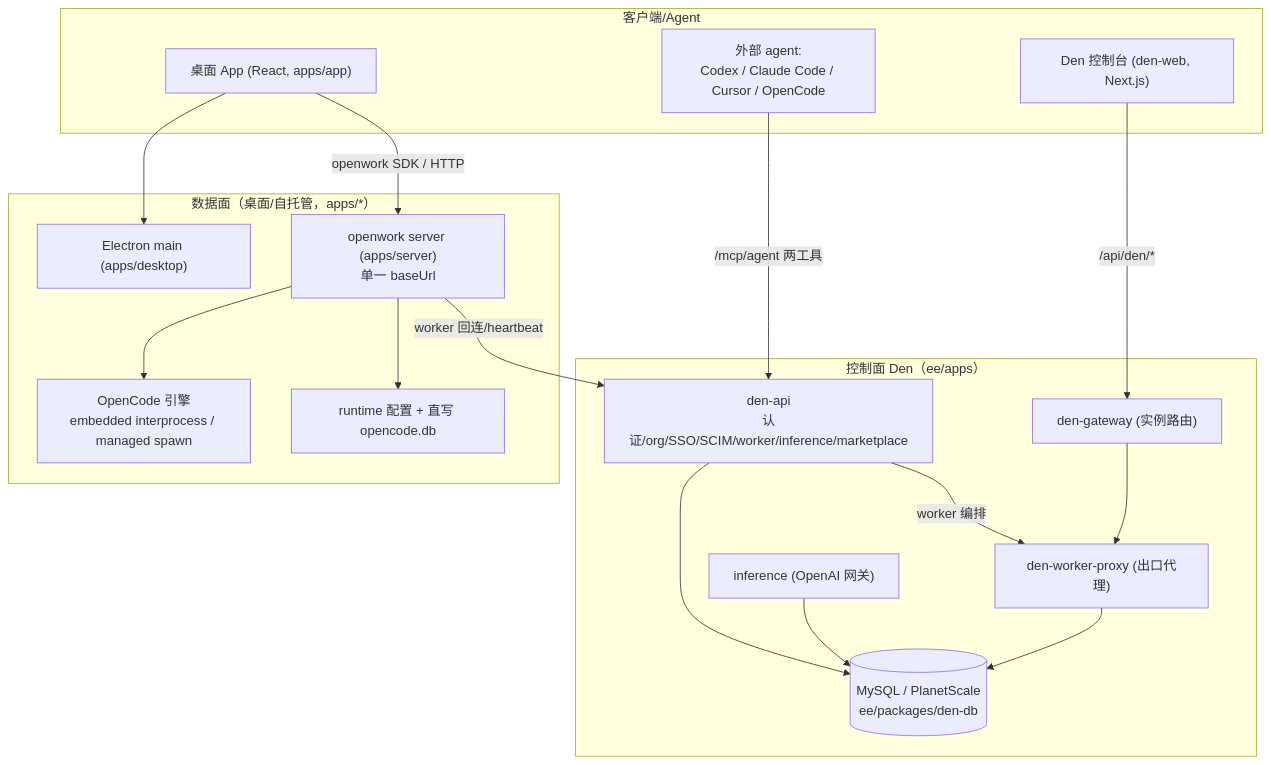
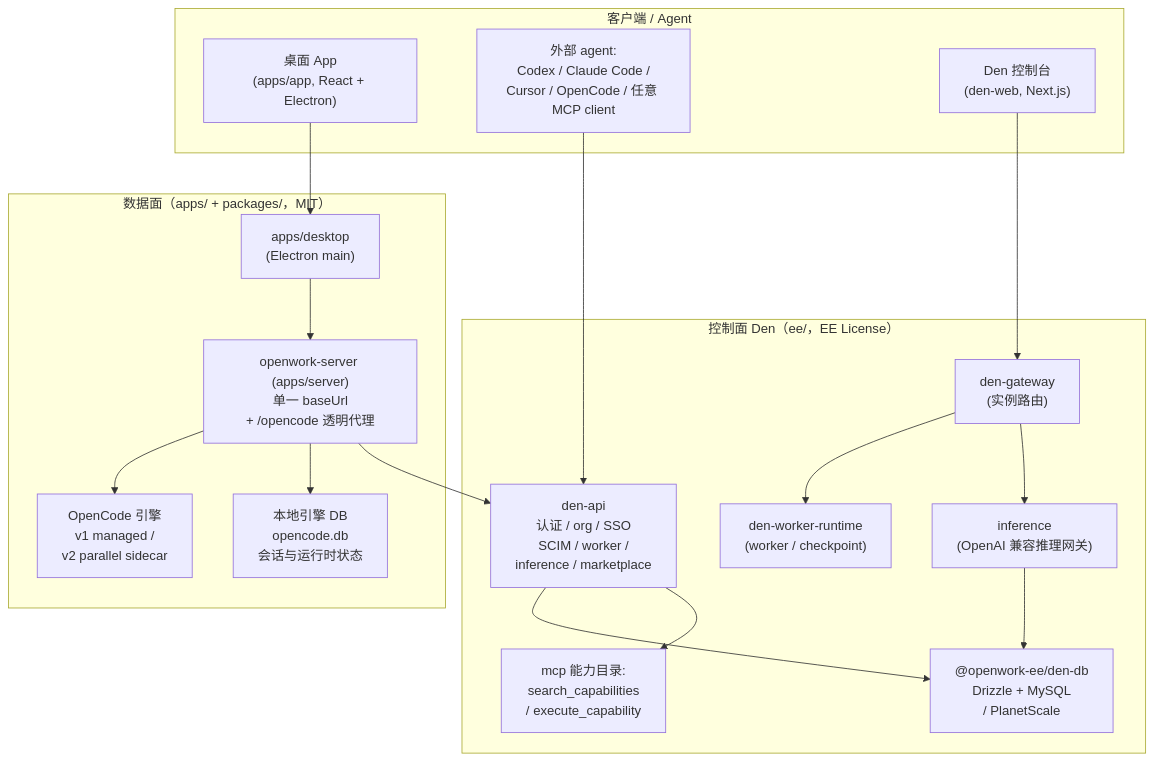
Before and after one commit to morehao/oss-insights: the diagram in ai-agent/openwork/README.md, drawn with Mermaid. The commit also changed other lines of this file and 10 other files, not shown here.

````diff
--- a/ai-agent/openwork/README.md
+++ b/ai-agent/openwork/README.md
@@ -30,36 +43,37 @@
 ```mermaid
 graph TB
-    subgraph client["客户端/Agent"]
-        SPA["桌面 App (React, apps/app)"]
-        HARNESS["外部 agent:<br>Codex / Claude Code / Cursor / OpenCode"]
-        DENWEB["Den 控制台 (den-web, Next.js)"]
+    subgraph client["客户端 / Agent"]
+        SPA["桌面 App<br>(apps/app, React + Electron)"]
+        HARNESS["外部 agent:<br>Codex / Claude Code /<br>Cursor / OpenCode / 任意 MCP client"]
+        DENWEB["Den 控制台<br>(den-web, Next.js)"]
     end
 
-    subgraph data_plane["数据面（桌面/自托管，apps/*）"]
-        MAIN["Electron main (apps/desktop)"]
-        SERVER["openwork server (apps/server)<br>单一 baseUrl"]
-        PROC["OpenCode 引擎<br>embedded interprocess / managed spawn"]
-        ORG["runtime 配置 + 直写 opencode.db"]
-        SERVER --> PROC
-        SERVER --> ORG
+    subgraph data_plane["数据面（apps/ + packages/，MIT）"]
+        DESKTOP["apps/desktop<br>(Electron main)"]
+        SERVER["openwork-server (apps/server)<br>单一 baseUrl<br>+ /opencode 透明代理"]
+        ENG["OpenCode 引擎<br>v1 managed /<br>v2 parallel sidecar"]
+        LOCALDB["本地引擎 DB<br>opencode.db<br>会话与运行时状态"]
+        SERVER --> ENG
+        SERVER --> LOCALDB
     end
 
-    subgraph control_plane["控制面 Den（ee/apps）"]
-        API["den-api<br>认证/org/SSO/SCIM/worker/inference/marketplace"]
-        GATE["den-gateway (实例路由)"]
-        WPROXY["den-worker-proxy (出口代理)"]
-        INF["inference (OpenAI 网关)"]
-        DB[("MySQL / PlanetScale<br>ee/packages/den-db")]
+    subgraph control_plane["控制面 Den（ee/，EE License）"]
+        API["den-api<br>认证 / org / SSO<br>SCIM / worker /<br>inference / marketplace"]
+        GATE["den-gateway<br>(实例路由)"]
+        WRR["den-worker-runtime<br>(worker / checkpoint)"]
+        INF["inference<br>(OpenAI 兼容推理网关)"]
+        MW["mcp 能力目录:<br>search_capabilities<br>/ execute_capability"]
+        DB["@openwork-ee/den-db<br>Drizzle + MySQL<br>/ PlanetScale"]
         API --> DB
         INF --> DB
-        WPROXY --> DB
+        GATE --> WRR
+        API --> MW
     end
 
-    SPA --> MAIN
-    SPA -->|"openwork SDK / HTTP"| SERVER
-    HARNESS -->|"/mcp/agent 两工具"| API
-    DENWEB -->|"/api/den/*"| GATE
-    SERVER -->|"worker 回连/heartbeat"| API
-    API -->|"worker 编排"| WPROXY
-    GATE --> WPROXY
+    SPA --> DESKTOP
+    DESKTOP --> SERVER
+    HARNESS --> API
+    DENWEB --> GATE
+    SERVER --> API
+    GATE --> INF
 ```
````
